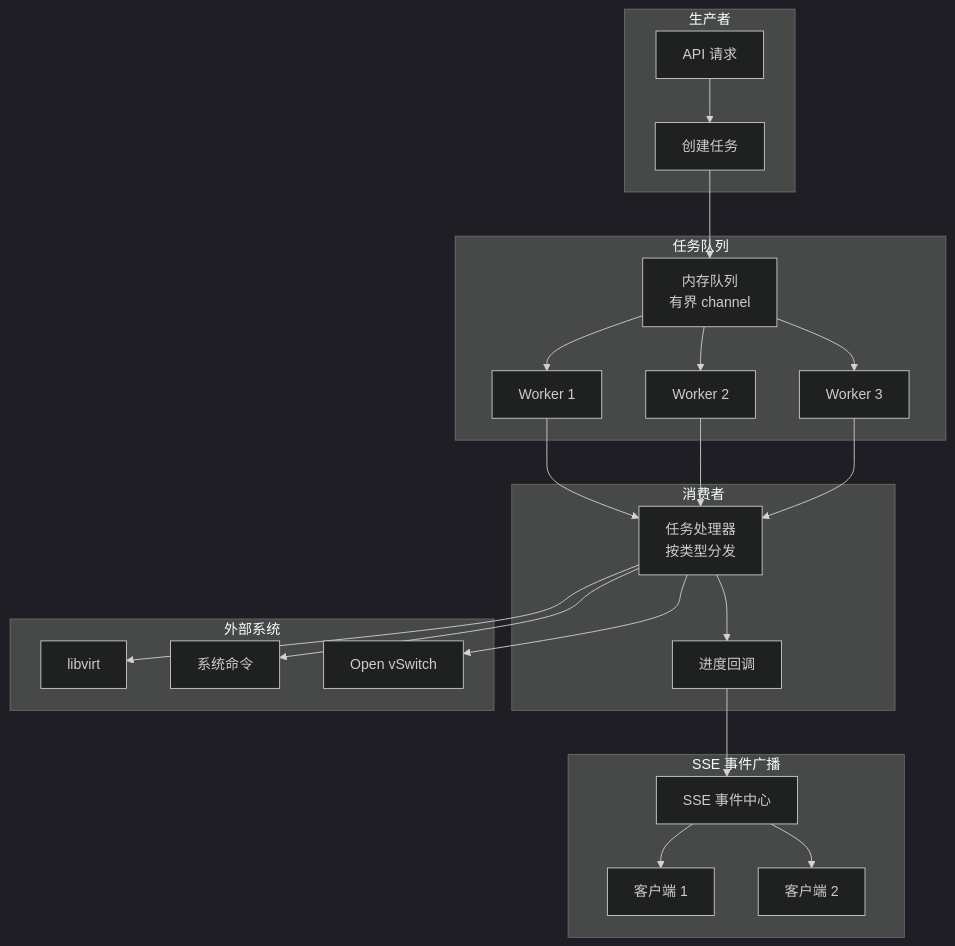
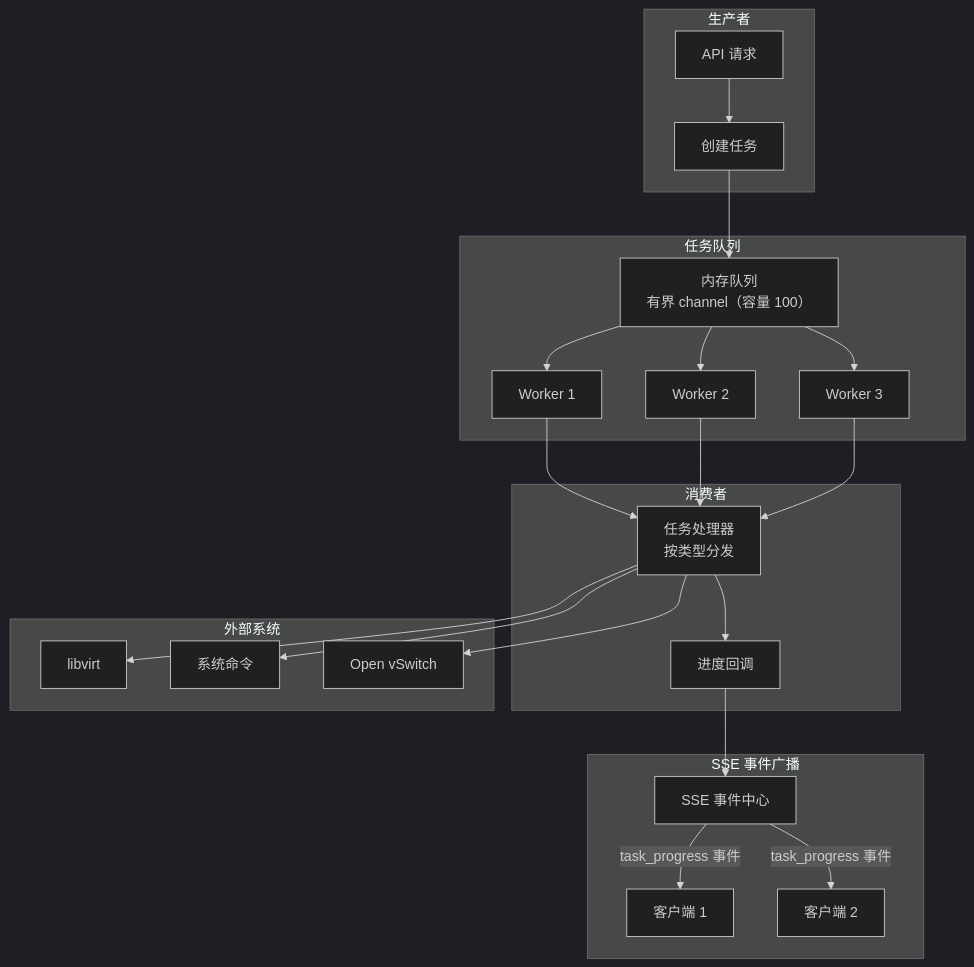
Before and after one commit to QVMConsole/docs: diagram 11 of 18 in docs/feature-analysis/qvmconsole-architecture.mdx, drawn with Mermaid (dark theme). The commit also changed other lines of this file and 37 other files, not shown here.

````diff
--- a/docs/feature-analysis/qvmconsole-architecture.mdx
+++ b/docs/feature-analysis/qvmconsole-architecture.mdx
@@ -548,47 +626,47 @@
 ```mermaid
 graph TB
     subgraph 任务提交["生产者"]
         API[API 请求]
         TaskCreate[创建任务]
     end
-    
+
     subgraph 任务队列["任务队列"]
-        Queue[内存队列<br/>有界 channel]
+        Queue[内存队列<br/>有界 channel（容量 100）]
         Worker1[Worker 1]
         Worker2[Worker 2]
         Worker3[Worker 3]
     end
-    
+
     subgraph 任务处理["消费者"]
         Handler[任务处理器<br/>按类型分发]
         Progress[进度回调]
     end
-    
+
     subgraph 实时推送["SSE 事件广播"]
         SSECenter[SSE 事件中心]
         Client1[客户端 1]
         Client2[客户端 2]
     end
-    
+
     subgraph 外部系统
         Libvirt[libvirt]
         System[系统命令]
         OVS[Open vSwitch]
     end
-    
+
     API --> TaskCreate
     TaskCreate --> Queue
     Queue --> Worker1
     Queue --> Worker2
     Queue --> Worker3
     Worker1 --> Handler
     Worker2 --> Handler
     Worker3 --> Handler
     Handler --> Progress
     Handler --> Libvirt
     Handler --> System
     Handler --> OVS
     Progress --> SSECenter
-    SSECenter --> Client1
-    SSECenter --> Client2
+    SSECenter -->|task_progress 事件| Client1
+    SSECenter -->|task_progress 事件| Client2
 ```
````
